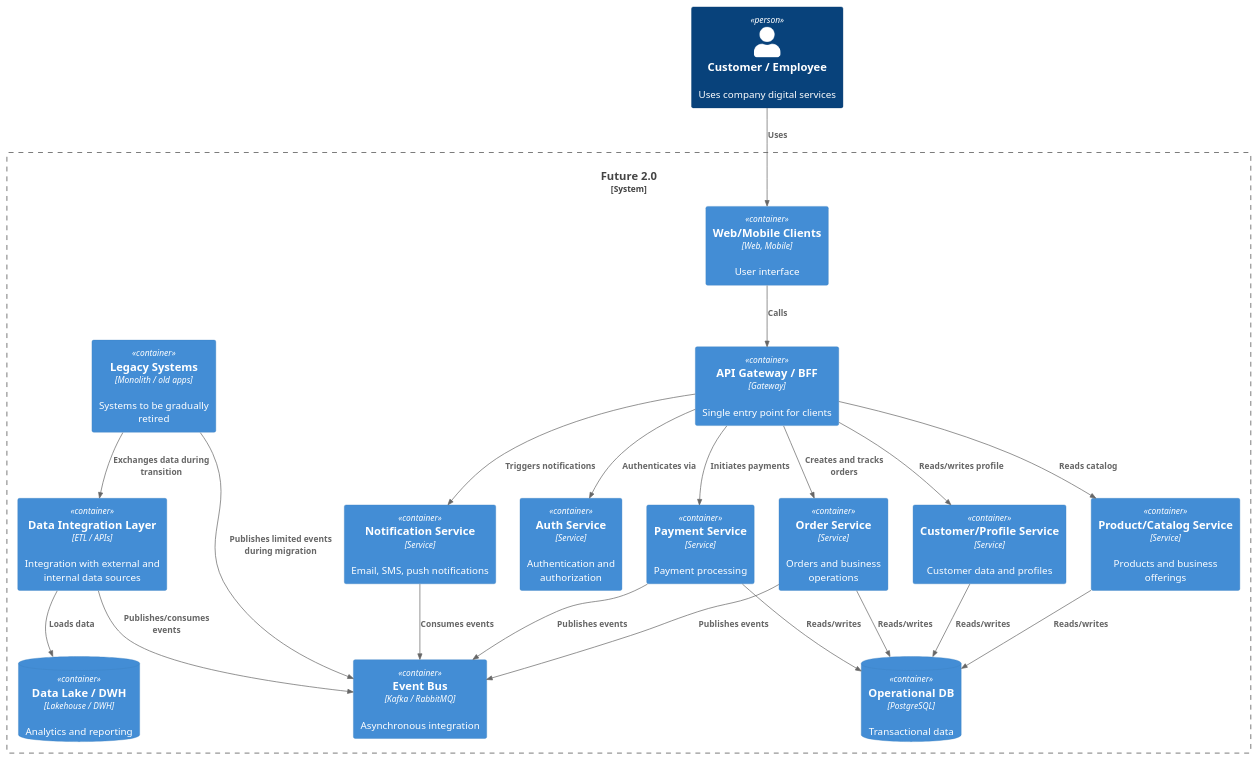
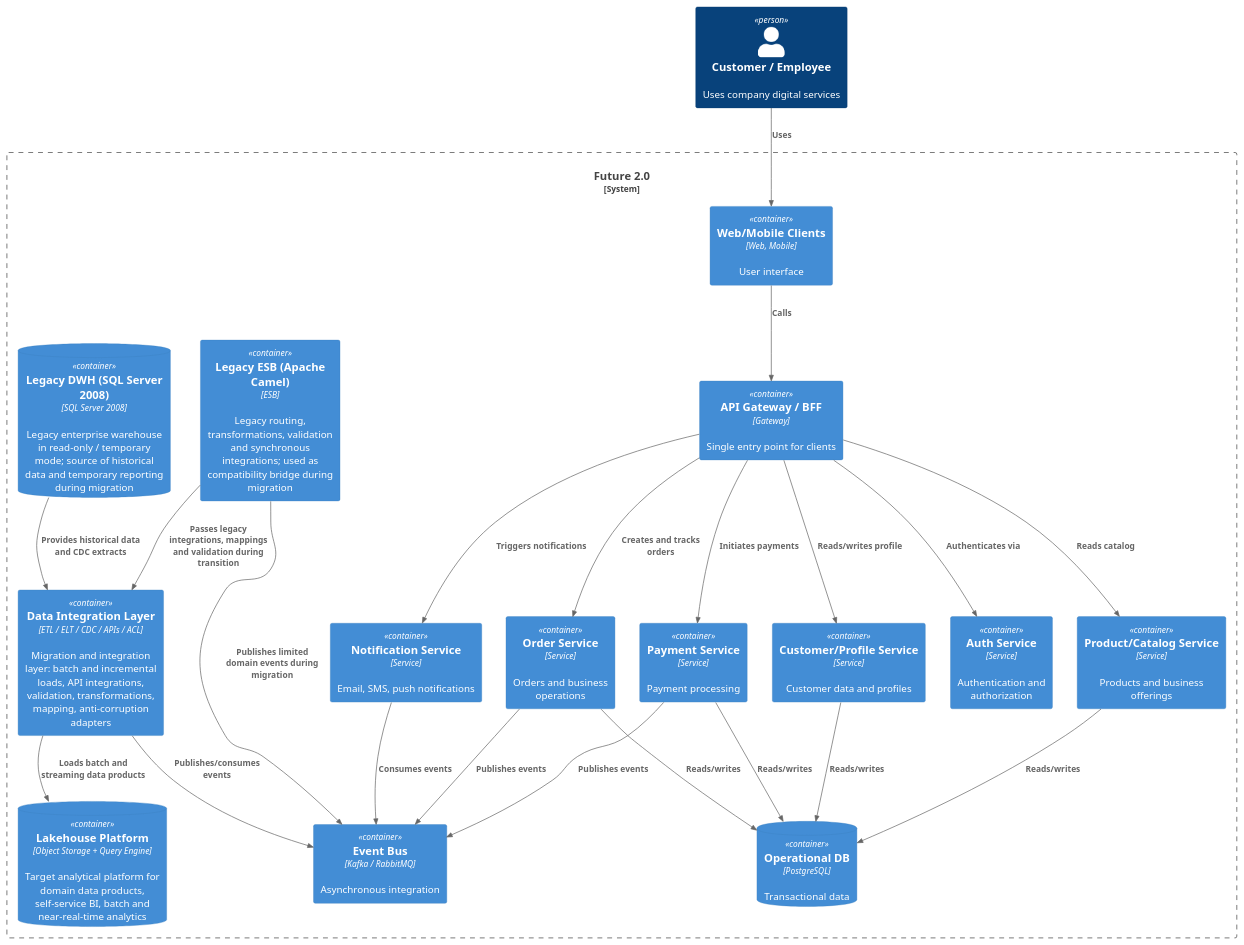
Before and after one commit to vasiliy1305/architecture-future_2_0: the diagram in Task3Advanced/c4-container-component.puml, drawn with PlantUML. The commit also changed 2 other files, not shown here.

```diff
--- a/Task3Advanced/c4-container-component.puml
+++ b/Task3Advanced/c4-container-component.puml
@@ -1,47 +1,51 @@
 @startuml
 !include https://raw.githubusercontent.com/plantuml-stdlib/C4-PlantUML/master/C4_Container.puml
 
 Person(user, "Customer / Employee", "Uses company digital services")
 
 System_Boundary(system, "Future 2.0") {
   Container(web, "Web/Mobile Clients", "Web, Mobile", "User interface")
   Container(api, "API Gateway / BFF", "Gateway", "Single entry point for clients")
   Container(auth, "Auth Service", "Service", "Authentication and authorization")
   Container(profile, "Customer/Profile Service", "Service", "Customer data and profiles")
   Container(product, "Product/Catalog Service", "Service", "Products and business offerings")
   Container(order, "Order Service", "Service", "Orders and business operations")
   Container(payment, "Payment Service", "Service", "Payment processing")
   Container(notification, "Notification Service", "Service", "Email, SMS, push notifications")
-  Container(integration, "Data Integration Layer", "ETL / APIs", "Integration with external and internal data sources")
+
   Container(eventbus, "Event Bus", "Kafka / RabbitMQ", "Asynchronous integration")
   ContainerDb(operationaldb, "Operational DB", "PostgreSQL", "Transactional data")
-  ContainerDb(dwh, "Data Lake / DWH", "Lakehouse / DWH", "Analytics and reporting")
-  Container(legacy, "Legacy Systems", "Monolith / old apps", "Systems to be gradually retired")
+
+  Container(integration, "Data Integration Layer", "ETL / ELT / CDC / APIs / ACL", "Migration and integration layer: batch and incremental loads, API integrations, validation, transformations, mapping, anti-corruption adapters")
+  ContainerDb(dwh, "Lakehouse Platform", "Object Storage + Query Engine", "Target analytical platform for domain data products, self-service BI, batch and near-real-time analytics")
+  Container(legacy_esb, "Legacy ESB (Apache Camel)", "ESB", "Legacy routing, transformations, validation and synchronous integrations; used as compatibility bridge during migration")
+  ContainerDb(legacy_dwh, "Legacy DWH (SQL Server 2008)", "SQL Server 2008", "Legacy enterprise warehouse in read-only / temporary mode; source of historical data and temporary reporting during migration")
+
 }
 
 Rel(user, web, "Uses")
 Rel(web, api, "Calls")
 Rel(api, auth, "Authenticates via")
 Rel(api, profile, "Reads/writes profile")
 Rel(api, product, "Reads catalog")
 Rel(api, order, "Creates and tracks orders")
 Rel(api, payment, "Initiates payments")
 Rel(api, notification, "Triggers notifications")
 
 Rel(order, operationaldb, "Reads/writes")
 Rel(profile, operationaldb, "Reads/writes")
 Rel(product, operationaldb, "Reads/writes")
 Rel(payment, operationaldb, "Reads/writes")
 
 Rel(order, eventbus, "Publishes events")
 Rel(payment, eventbus, "Publishes events")
 Rel(notification, eventbus, "Consumes events")
 Rel(integration, eventbus, "Publishes/consumes events")
 
-Rel(integration, dwh, "Loads data")
-Rel(legacy, integration, "Exchanges data during transition")
-Rel(legacy, eventbus, "Publishes limited events during migration")
 
-
+Rel(integration, dwh, "Loads batch and streaming data products")
+Rel(legacy_esb, integration, "Passes legacy integrations, mappings and validation during transition")
+Rel(legacy_dwh, integration, "Provides historical data and CDC extracts")
+Rel(legacy_esb, eventbus, "Publishes limited domain events during migration")
 
 @enduml
```
